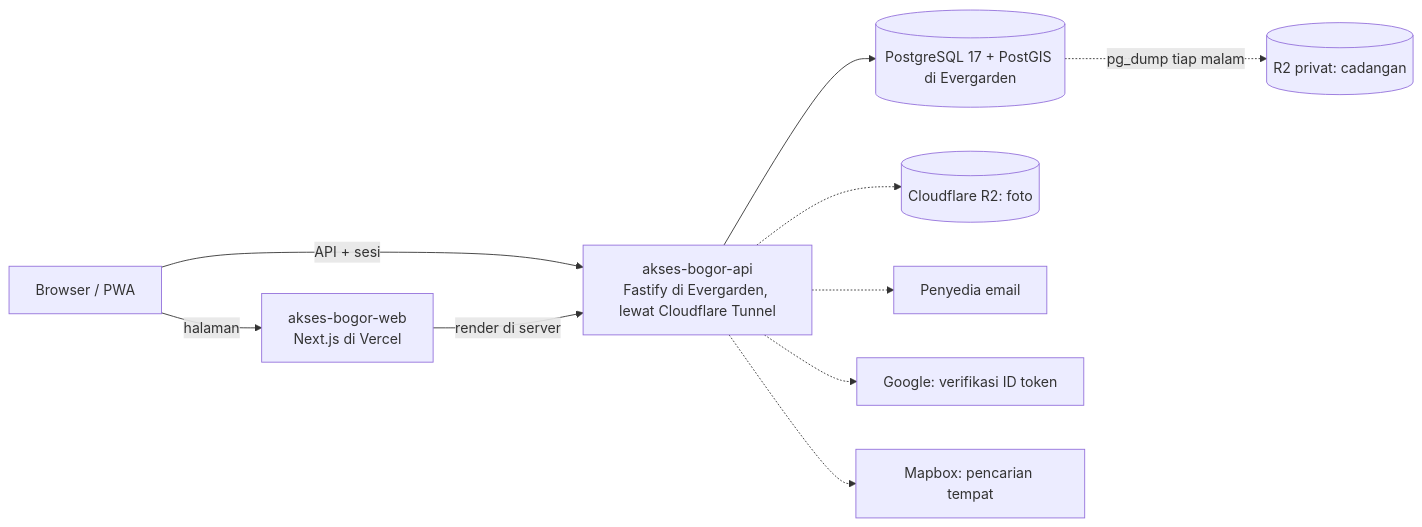
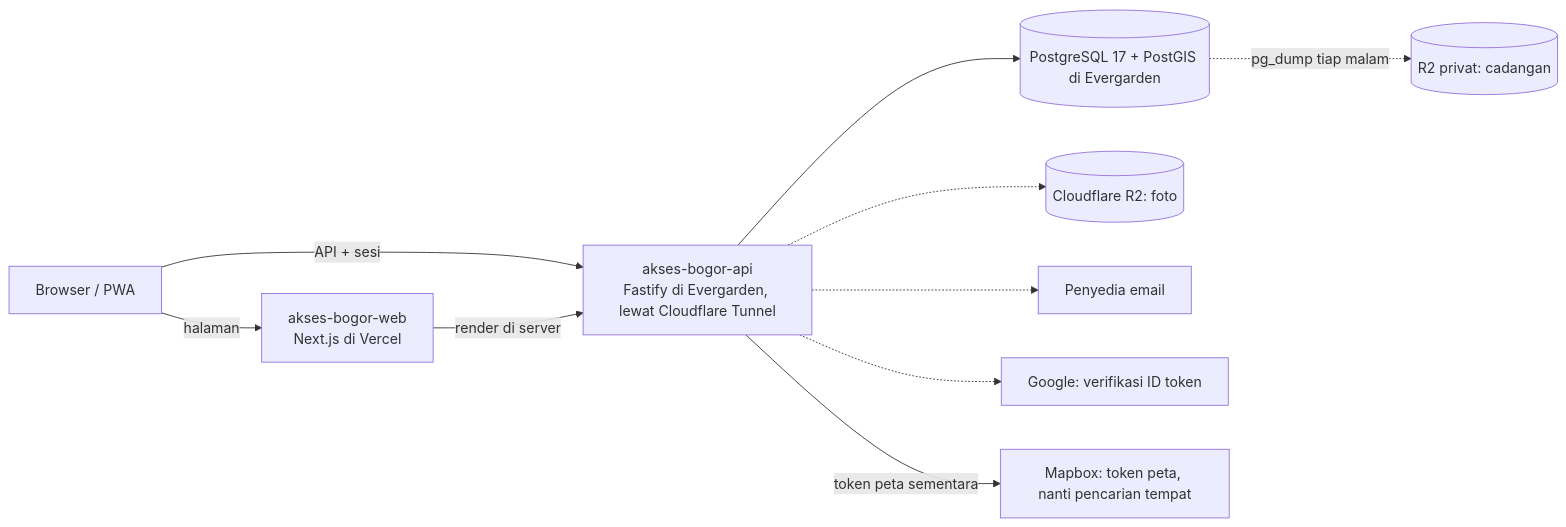
The first of 3 diagrams in docs/arsitektur.md (al-dioooo/akses-bogor-api), drawn with Mermaid before and after one commit. The commit also changed other lines of this file and 11 other files, not shown here.

First line of the commit message:
feat(map): serve a temporary mapbox token for the peta page (#18) (#19)

````diff
--- a/docs/arsitektur.md
+++ b/docs/arsitektur.md
@@ -5,12 +5,12 @@
 ```mermaid
 flowchart LR
   B[Browser / PWA] -->|halaman| W[akses-bogor-web<br/>Next.js di Vercel]
   B -->|API + sesi| F[akses-bogor-api<br/>Fastify di Evergarden, lewat Cloudflare Tunnel]
   W -->|render di server| F
   F --> DB[(PostgreSQL 17 + PostGIS di Evergarden)]
   DB -.->|pg_dump tiap malam| BK[(R2 privat: cadangan)]
   F -.-> R2[(Cloudflare R2: foto)]
   F -.-> E[Penyedia email]
   F -.-> G[Google: verifikasi ID token]
-  F -.-> M[Mapbox: pencarian tempat]
+  F -->|token peta sementara| M[Mapbox: token peta, nanti pencarian tempat]
 ```
````
